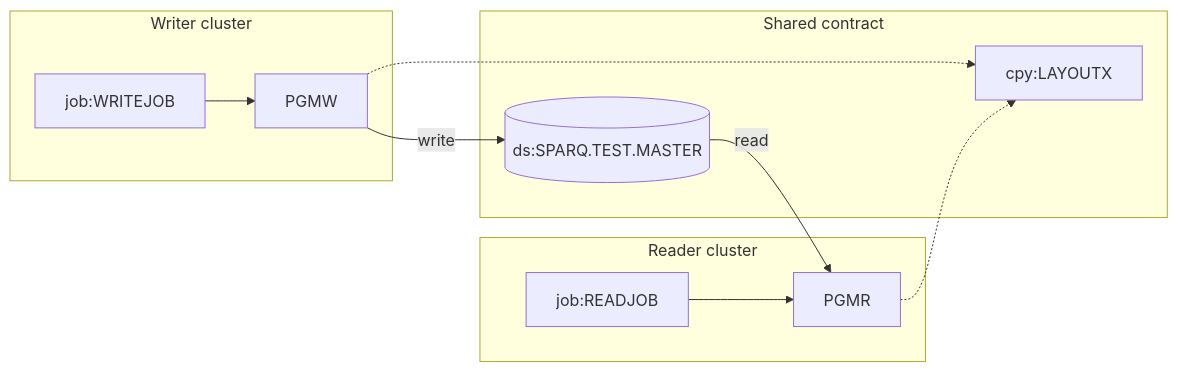
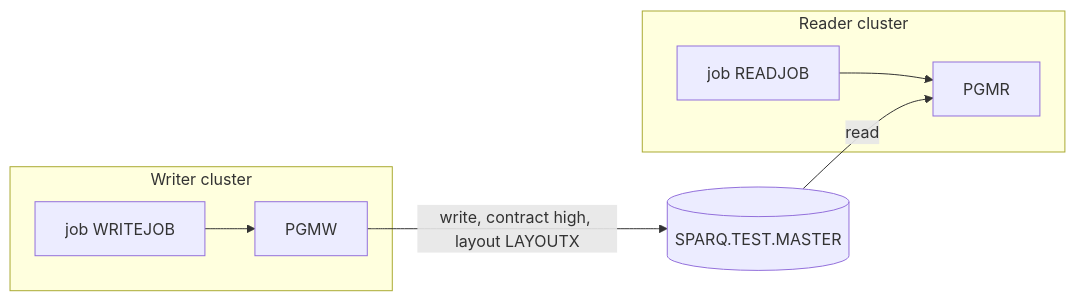
The diagram in evals/runs/06-contract-match/modernization-assessment/02-coupling.md (Sparq-Holding-Inc/claude-legacy-modernization), drawn with Mermaid before and after one commit. The commit also changed other lines of this file and 217 other files, not shown here.

````diff
--- a/evals/runs/06-contract-match/modernization-assessment/02-coupling.md
+++ b/evals/runs/06-contract-match/modernization-assessment/02-coupling.md
@@ -35,17 +67,11 @@
 ```mermaid
 graph LR
-  subgraph writer[Writer cluster]
-    JW[job:WRITEJOB] --> PW[PGMW]
+  subgraph WRITER[Writer cluster]
+    WJ[job WRITEJOB] --> PW[PGMW]
   end
-  subgraph shared[Shared contract]
-    DS[(ds:SPARQ.TEST.MASTER)]
-    CP[cpy:LAYOUTX]
+  subgraph READER[Reader cluster]
+    RJ[job READJOB] --> PR[PGMR]
   end
-  subgraph reader[Reader cluster]
-    JR[job:READJOB] --> PR[PGMR]
-  end
-  PW -- write --> DS
-  DS -- read --> PR
-  PW -.-> CP
-  PR -.-> CP
+  PW -- "write, contract high, layout LAYOUTX" --> DS[(SPARQ.TEST.MASTER)]
+  DS -- "read" --> PR
 ```
````
